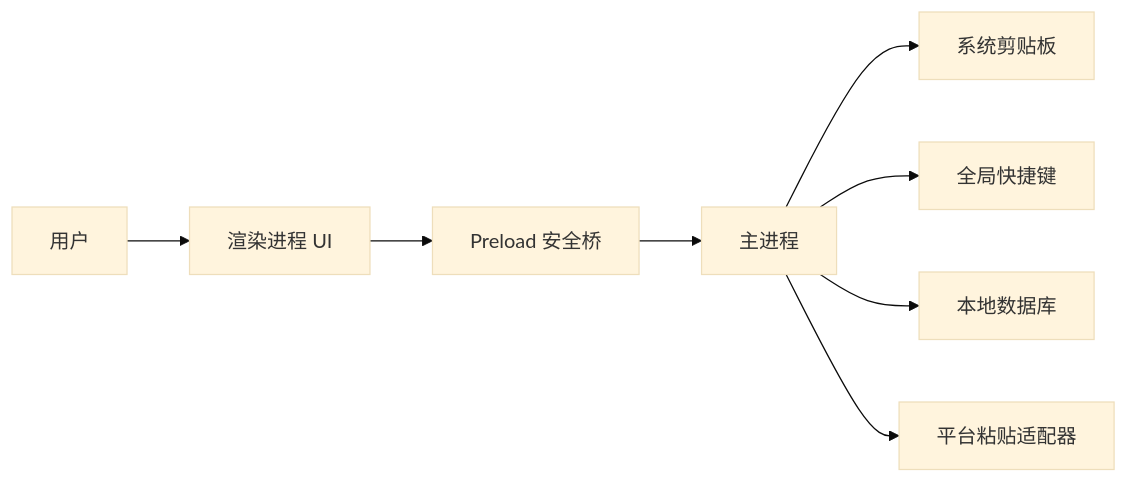
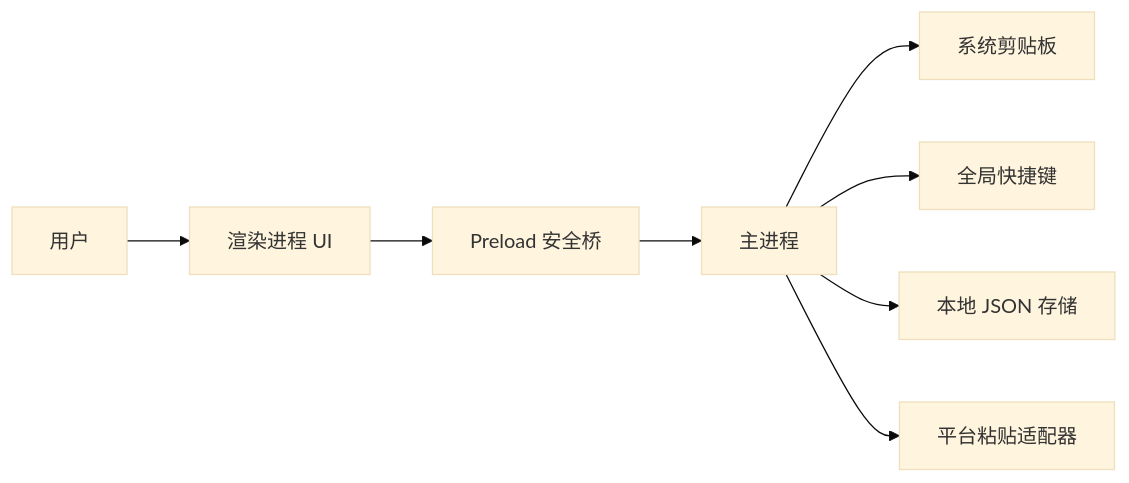
Before and after one commit to SacrEllfarch/ClipBall: the first of 2 diagrams in docs/SDD.md, drawn with Mermaid (base theme). The commit also changed other lines of this file and 8 other files, not shown here.

Commit message:
docs(project): define lightweight exe roadmap

````diff
--- a/docs/SDD.md
+++ b/docs/SDD.md
@@ -9,10 +9,10 @@
 ```mermaid
 flowchart LR
     User["用户"] --> UI["渲染进程 UI"]
     UI --> Bridge["Preload 安全桥"]
     Bridge --> Main["主进程"]
     Main --> Clipboard["系统剪贴板"]
     Main --> Hotkey["全局快捷键"]
-    Main --> Store["本地数据库"]
+    Main --> Store["本地 JSON 存储"]
     Main --> Paste["平台粘贴适配器"]
 ```
````
